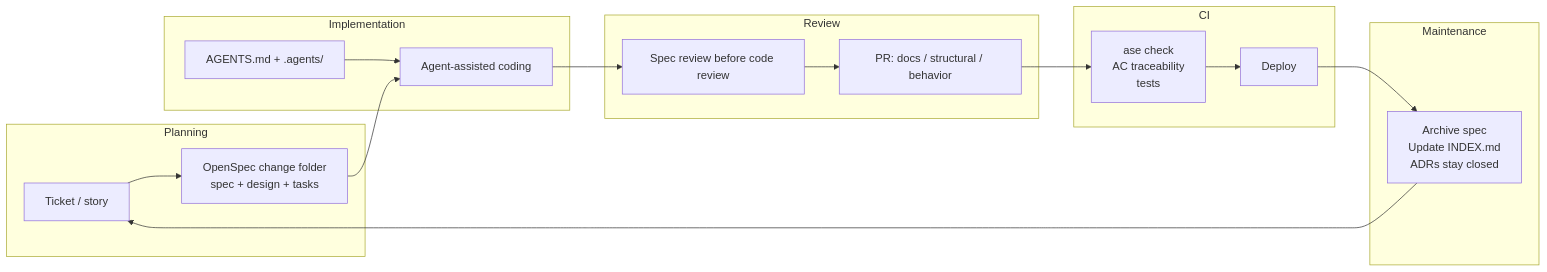
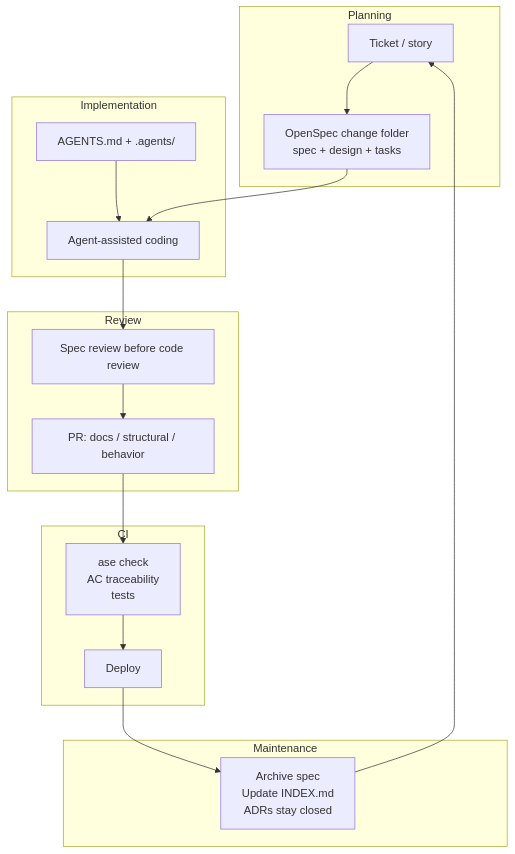
Before and after one commit to intent-engineering-for-coding-agents/book: the diagram in content/foundation/ase-and-the-sdlc.md, drawn with Mermaid. The commit also changed other lines of this file and 9 other files, not shown here.

````diff
--- a/content/foundation/ase-and-the-sdlc.md
+++ b/content/foundation/ase-and-the-sdlc.md
@@ -11,22 +15,22 @@
 ```mermaid
-graph LR
+graph TD
     subgraph Planning
         A[Ticket / story] --> B[OpenSpec change folder<br/>spec + design + tasks]
     end
     subgraph Implementation
-        C[AGENTS.md + .agents/] --> D[Agent-assisted coding]
+        C["AGENTS.md + .agents/"] --> D[Agent-assisted coding]
         B --> D
     end
     subgraph Review
         D --> E[Spec review before code review]
         E --> F[PR: docs / structural / behavior]
     end
     subgraph CI
         F --> G[ase check<br/>AC traceability<br/>tests]
         G --> H[Deploy]
     end
     subgraph Maintenance
         H --> I[Archive spec<br/>Update INDEX.md<br/>ADRs stay closed]
         I --> A
     end
 ```
````
